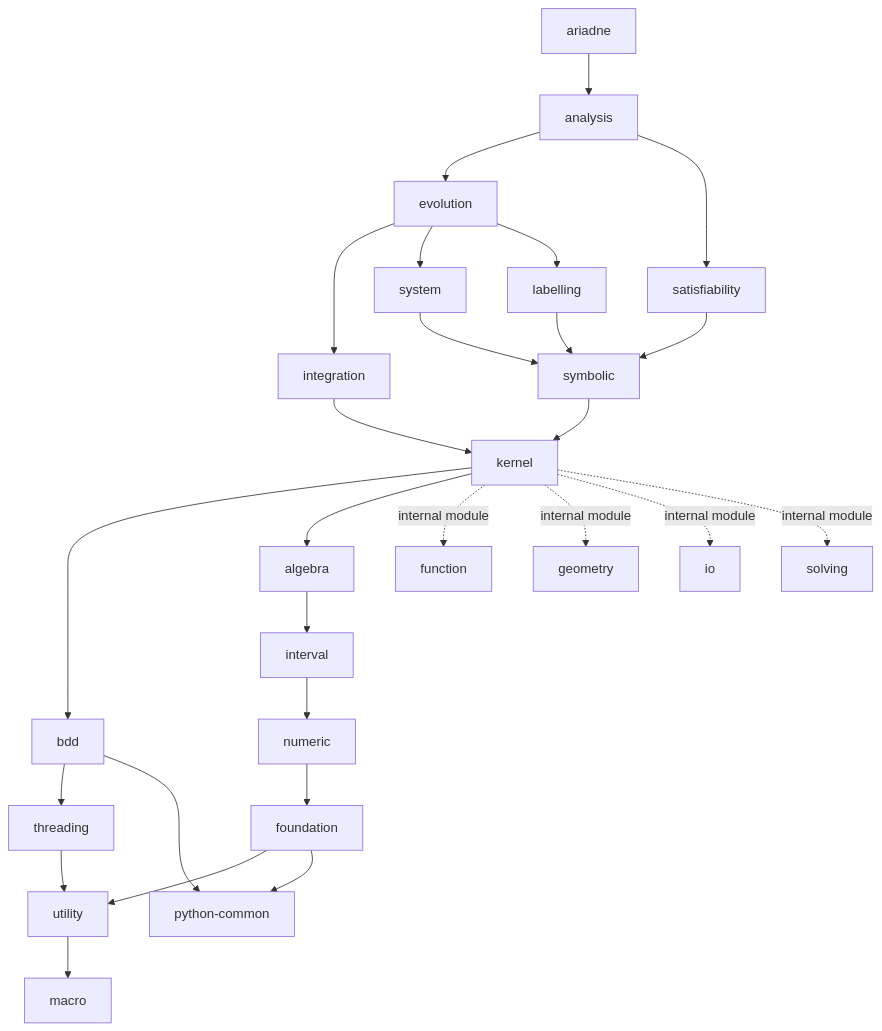
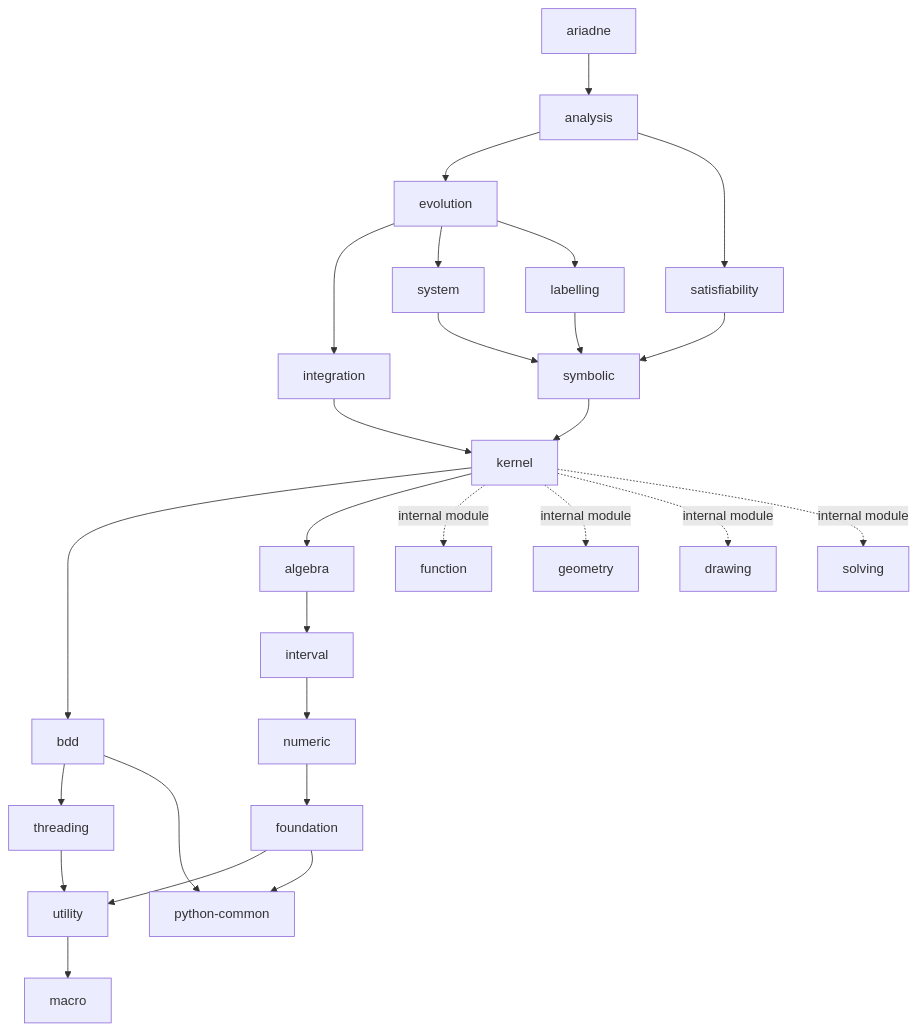
The diagram in doc/decoupling/structure.md (ariadne-cps/ariadne), drawn with Mermaid before and after one commit. The commit also changed other lines of this file, not shown here.

Commit message:
doc: rename io module to drawing

````diff
--- a/doc/decoupling/structure.md
+++ b/doc/decoupling/structure.md
@@ -35,42 +35,42 @@
 ```mermaid
 graph TD
     ariadne --> analysis
 
     analysis --> evolution
     analysis --> satisfiability
 
     evolution --> integration
     evolution --> system
     evolution --> labelling
 
     integration --> kernel
 
     system --> symbolic
 
     satisfiability --> symbolic
 
     labelling --> symbolic
 
     symbolic --> kernel
 
     kernel --> bdd
     kernel --> algebra
 
     kernel -. internal module .-> function
     kernel -. internal module .-> geometry
-    kernel -. internal module .-> io
+    kernel -. internal module .-> drawing
     kernel -. internal module .-> solving
 
     bdd --> threading
     bdd --> python_common["python-common"]
 
     threading --> utility
     utility --> macro
 
     algebra --> interval
     interval --> numeric
     numeric --> foundation
 
     foundation --> utility
     foundation --> python_common
 ```
````
